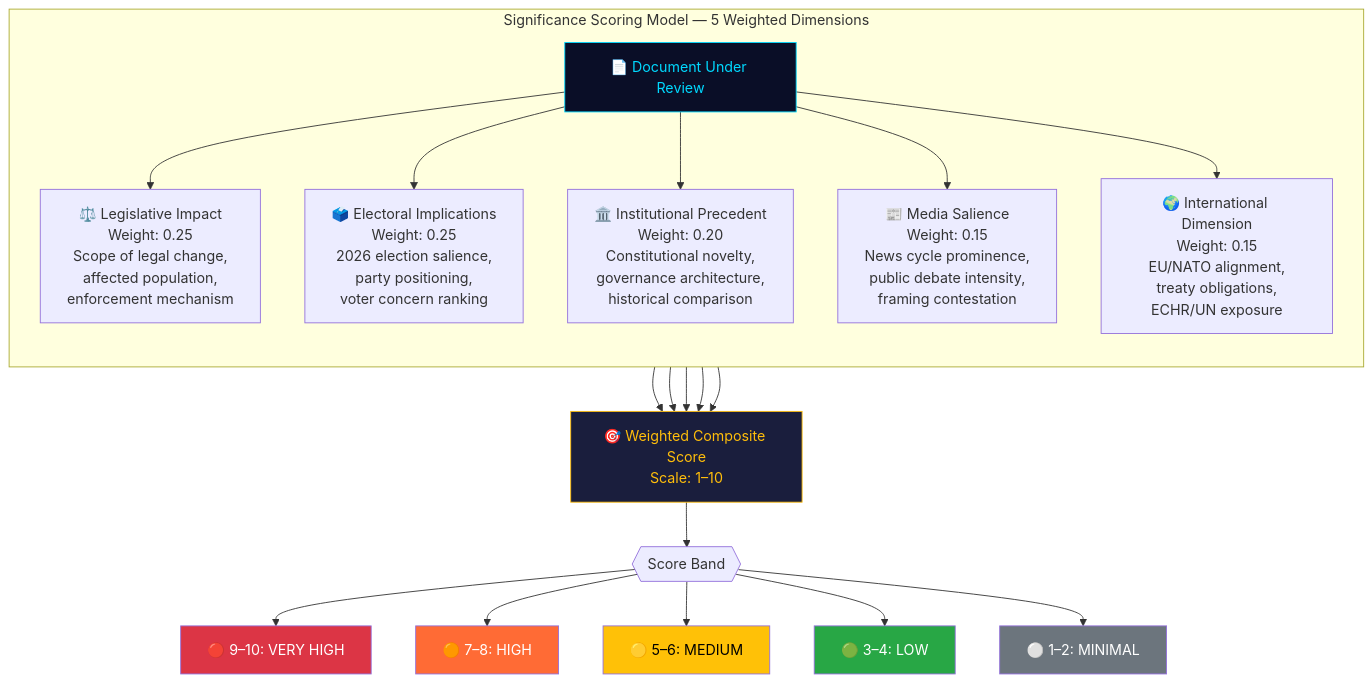
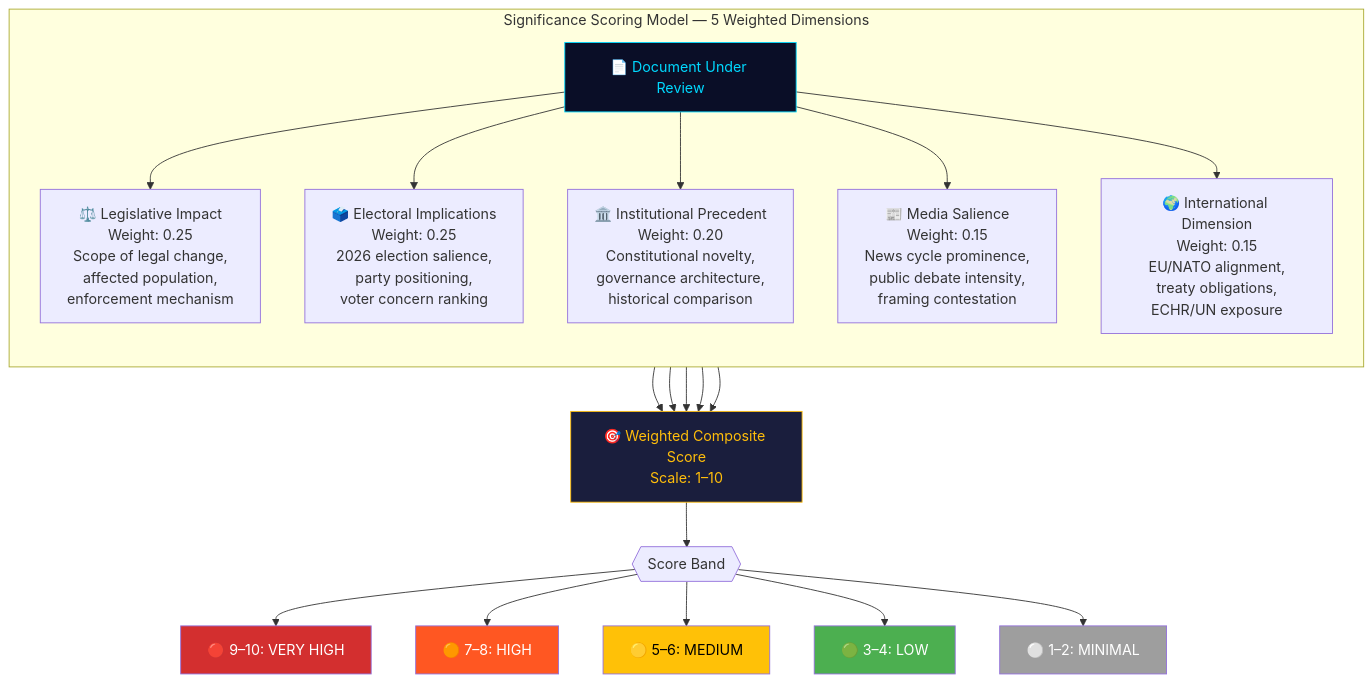
Before and after one commit to Hack23/riksdagsmonitor: the first of 2 diagrams in analysis/daily/2026-04-11/weekly-review/significance-scoring.md, drawn with Mermaid. The commit also changed other lines of this file and 785 other files, not shown here.

First line of the commit message:
Normalize mermaid colors across 786 analysis artifacts to ISMS Style Guide palette

````diff
--- a/analysis/daily/2026-04-11/weekly-review/significance-scoring.md
+++ b/analysis/daily/2026-04-11/weekly-review/significance-scoring.md
@@ -22,29 +22,29 @@
 ```mermaid
 graph TD
     subgraph "Significance Scoring Model — 5 Weighted Dimensions"
         direction TB
         DOC["📄 Document Under Review"] --> LI["⚖️ Legislative Impact<br/>Weight: 0.25<br/>Scope of legal change,<br/>affected population,<br/>enforcement mechanism"]
         DOC --> EI["🗳️ Electoral Implications<br/>Weight: 0.25<br/>2026 election salience,<br/>party positioning,<br/>voter concern ranking"]
         DOC --> IP["🏛️ Institutional Precedent<br/>Weight: 0.20<br/>Constitutional novelty,<br/>governance architecture,<br/>historical comparison"]
         DOC --> MS["📰 Media Salience<br/>Weight: 0.15<br/>News cycle prominence,<br/>public debate intensity,<br/>framing contestation"]
         DOC --> ID["🌍 International Dimension<br/>Weight: 0.15<br/>EU/NATO alignment,<br/>treaty obligations,<br/>ECHR/UN exposure"]
     end
     LI --> AGG["🎯 Weighted Composite Score<br/>Scale: 1–10"]
     EI --> AGG
     IP --> AGG
     MS --> AGG
     ID --> AGG
     AGG --> BAND{{"Score Band"}}
     BAND --> VH["🔴 9–10: VERY HIGH"]
     BAND --> HI["🟠 7–8: HIGH"]
     BAND --> MD["🟡 5–6: MEDIUM"]
     BAND --> LO["🟢 3–4: LOW"]
     BAND --> MI["⚪ 1–2: MINIMAL"]
     style DOC fill:#0a0e27,color:#00d9ff,stroke:#00d9ff
     style AGG fill:#1a1e3d,color:#ffbe0b,stroke:#ffbe0b
-    style VH fill:#dc3545,color:#fff
-    style HI fill:#ff6b35,color:#fff
-    style MD fill:#ffc107,color:#000
-    style LO fill:#28a745,color:#fff
-    style MI fill:#6c757d,color:#fff
+    style VH fill:#D32F2F,color:#FFFFFF
+    style HI fill:#FF5722,color:#FFFFFF
+    style MD fill:#FFC107,color:#000000
+    style LO fill:#4CAF50,color:#FFFFFF
+    style MI fill:#9E9E9E,color:#FFFFFF
 ```
````
